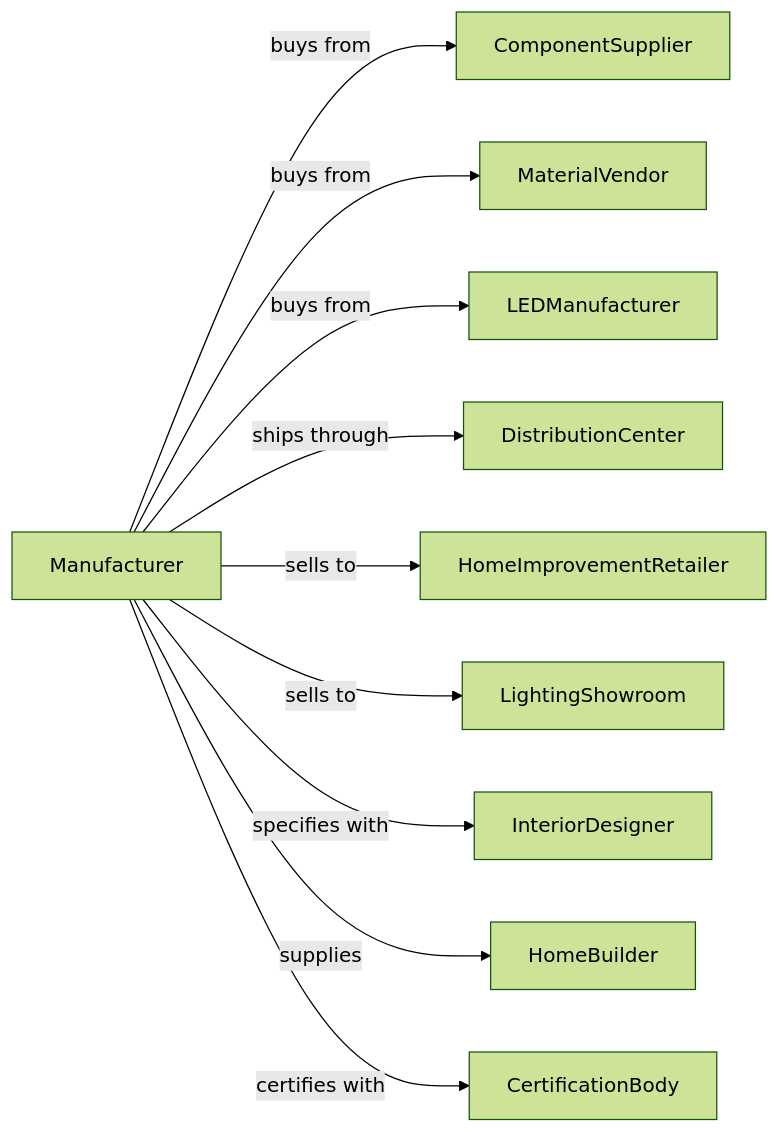
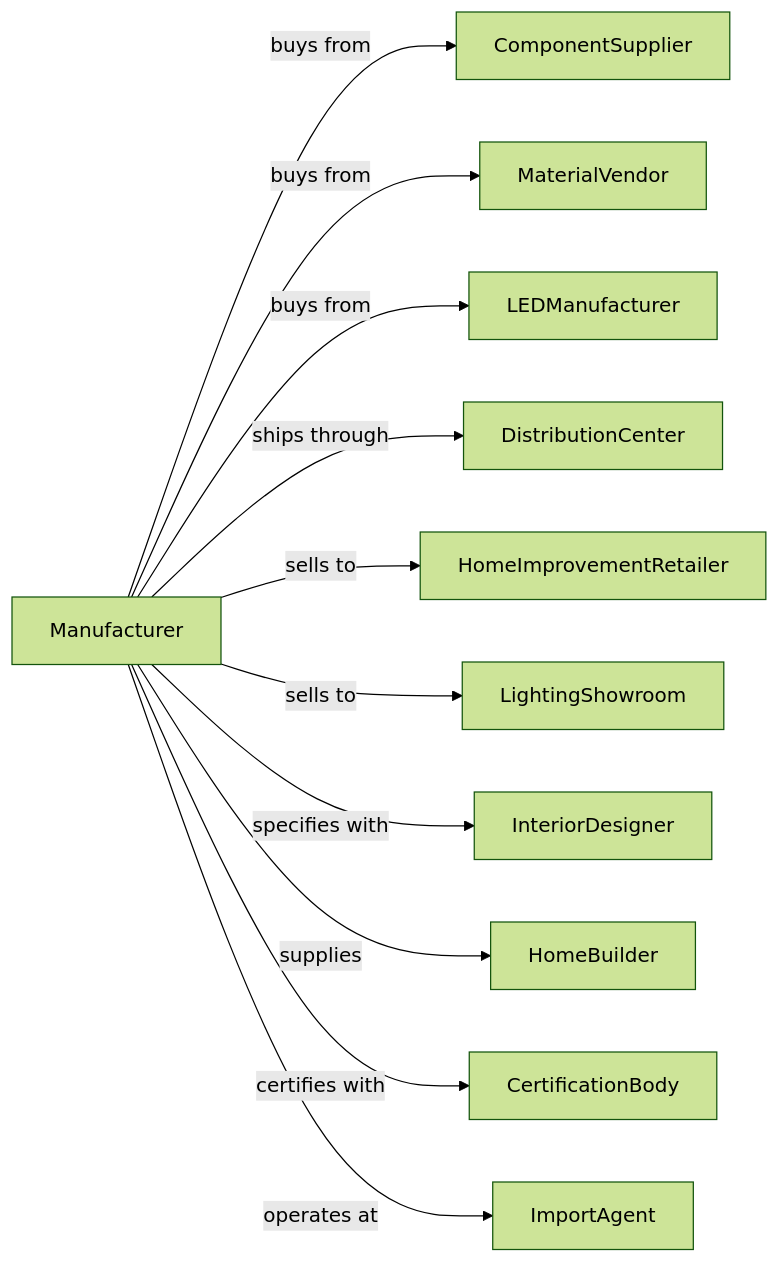
Before and after one commit to dot-org-ai/industries.org.ai: the second of 2 diagrams in Manufacturing/ElectricalEquipmentApplianceAndComponentManufacturing/ElectricLightingEquipmentManufacturing/ResidentialElectricLightingFixtureManufacturing.mdx, drawn with Mermaid (forest theme). The commit also changed 588 other files, not shown here.

````diff
--- a/Manufacturing/ElectricalEquipmentApplianceAndComponentManufacturing/ElectricLightingEquipmentManufacturing/ResidentialElectricLightingFixtureManufacturing.mdx
+++ b/Manufacturing/ElectricalEquipmentApplianceAndComponentManufacturing/ElectricLightingEquipmentManufacturing/ResidentialElectricLightingFixtureManufacturing.mdx
@@ -137,14 +137,15 @@
 ```mermaid
 graph LR
     M[Manufacturer]
 
     M -->|buys from| ComponentSupplier
     M -->|buys from| MaterialVendor
     M -->|buys from| LEDManufacturer
     M -->|ships through| DistributionCenter
     M -->|sells to| HomeImprovementRetailer
     M -->|sells to| LightingShowroom
     M -->|specifies with| InteriorDesigner
     M -->|supplies| HomeBuilder
     M -->|certifies with| CertificationBody
+    M -->|operates at| ImportAgent
 ```
````
